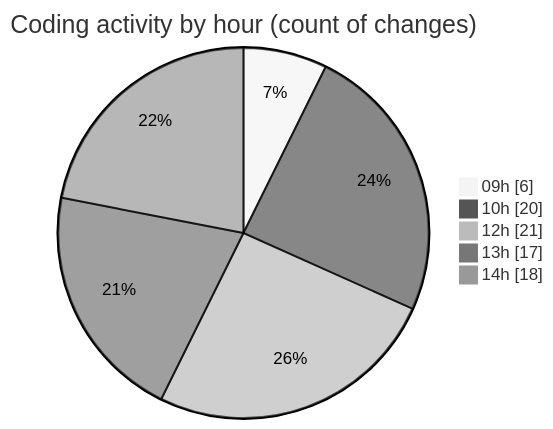
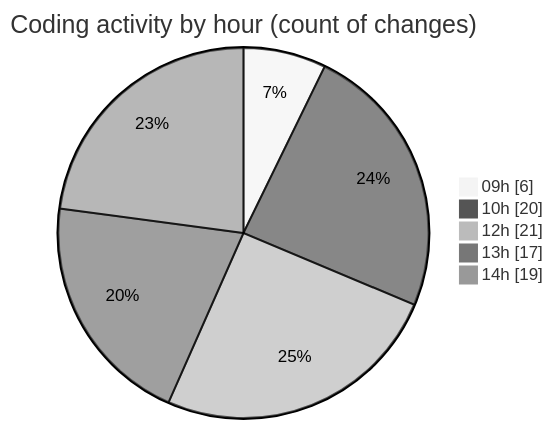
The second of 2 diagrams in 2026-02-18/bot_v1_2/README.md (becaeroporto-bot/code-tracking), drawn with Mermaid (neutral theme) before and after one commit. The commit also changed other lines of this file and 1 other file, not shown here.

````diff
--- a/2026-02-18/bot_v1_2/README.md
+++ b/2026-02-18/bot_v1_2/README.md
@@ -55,9 +55,9 @@
 ```mermaid
 pie showData
 title Coding activity by hour (count of changes)
 "09h" : 6
 "10h" : 20
 "12h" : 21
 "13h" : 17
-"14h" : 18
+"14h" : 19
 ```
````
